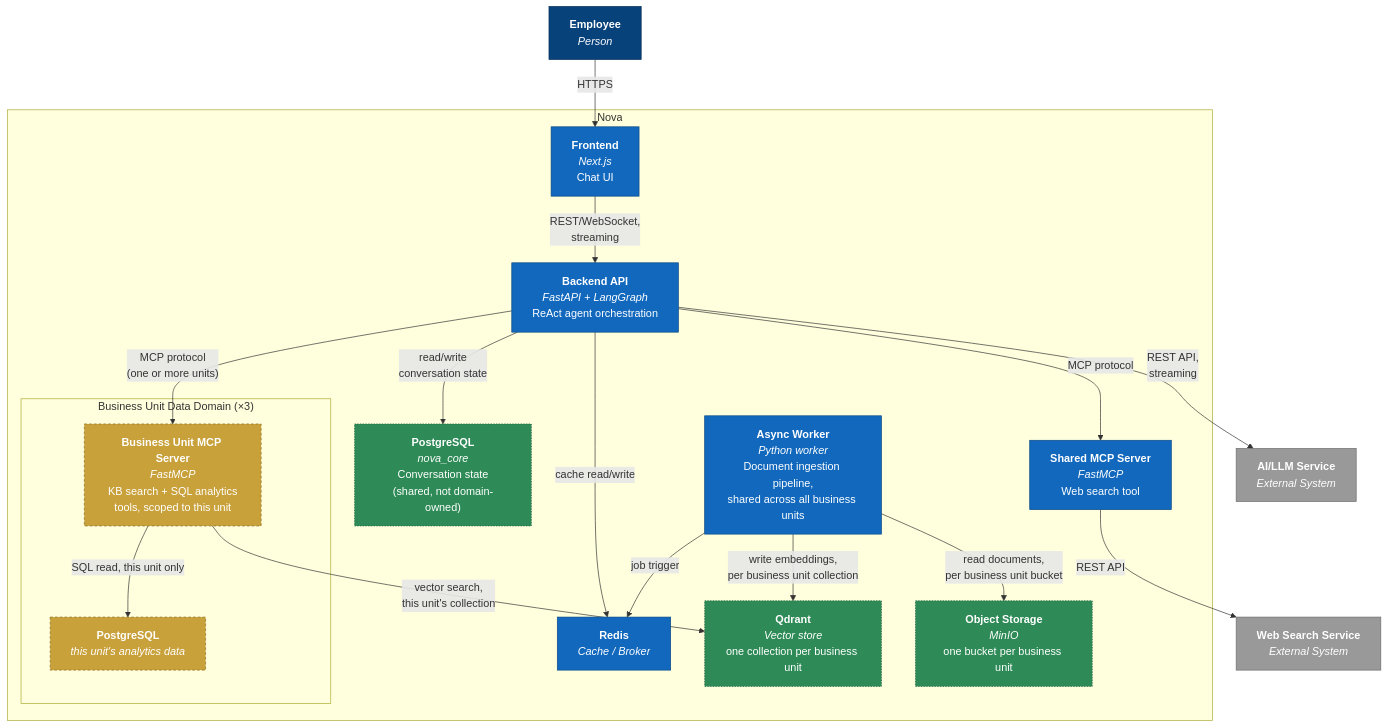
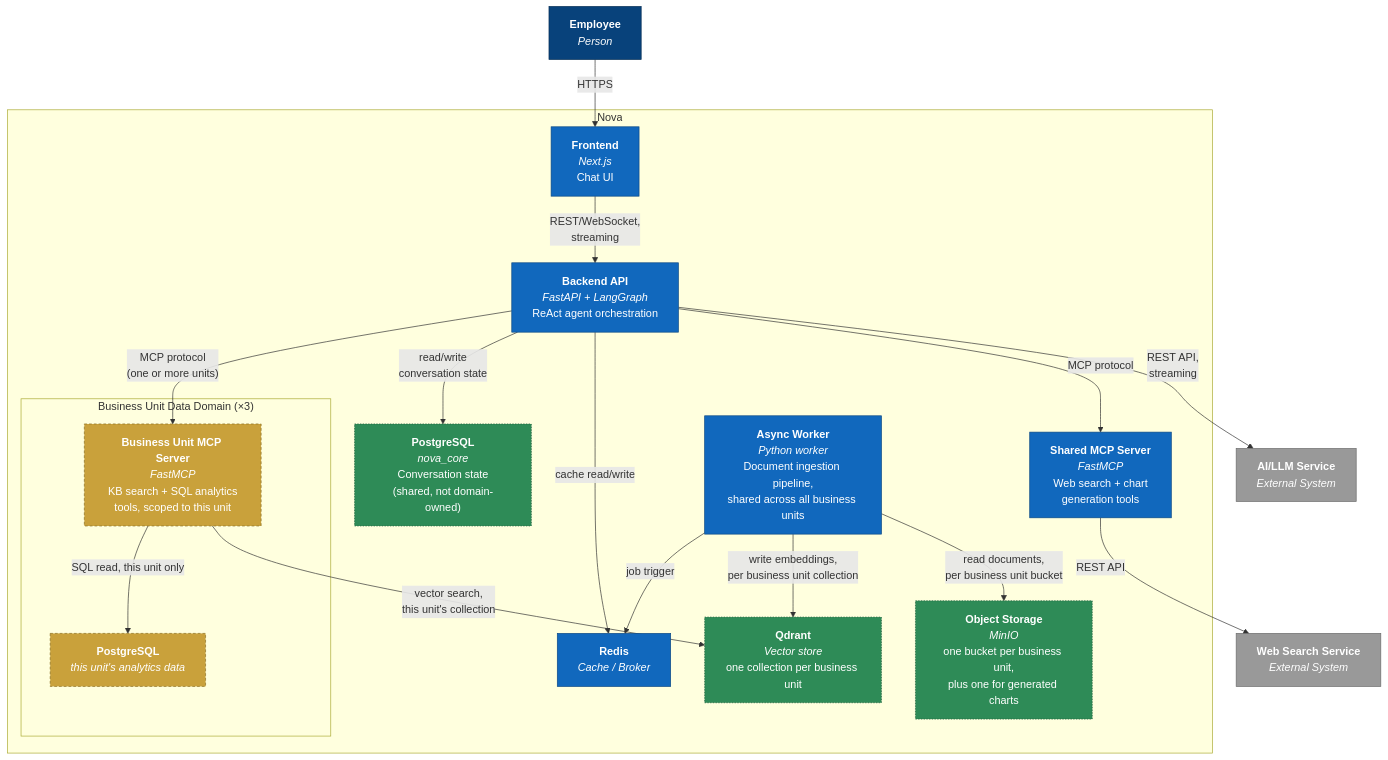
The second of 10 diagrams in documents/technical-design-document.md (maulairfani/nova), drawn with Mermaid before and after one commit. The commit also changed other lines of this file and 3 other files, not shown here.

Commit message:
Update CLAUDE.md docs and the Technical Design Document for chart generation, document preview, and rate limiting

````diff
--- a/documents/technical-design-document.md
+++ b/documents/technical-design-document.md
@@ -296,50 +296,50 @@
 ```mermaid
 flowchart TB
     Employee["<b>Employee</b><br/><i>Person</i>"]
 
     subgraph Nova["Nova"]
         Frontend["<b>Frontend</b><br/><i>Next.js</i><br/>Chat UI"]
         BackendAPI["<b>Backend API</b><br/><i>FastAPI + LangGraph</i><br/>ReAct agent orchestration"]
 
         subgraph BU["Business Unit Data Domain (×3)"]
             BUMcp["<b>Business Unit MCP Server</b><br/><i>FastMCP</i><br/>KB search + SQL analytics<br/>tools, scoped to this unit"]
             BUDb["<b>PostgreSQL</b><br/><i>this unit's analytics data</i>"]
         end
 
-        SharedMcp["<b>Shared MCP Server</b><br/><i>FastMCP</i><br/>Web search tool"]
+        SharedMcp["<b>Shared MCP Server</b><br/><i>FastMCP</i><br/>Web search + chart<br/>generation tools"]
         Redis["<b>Redis</b><br/><i>Cache / Broker</i>"]
         AsyncWorker["<b>Async Worker</b><br/><i>Python worker</i><br/>Document ingestion pipeline,<br/>shared across all business units"]
         KBDB["<b>PostgreSQL</b><br/><i>nova_core</i><br/>Conversation state<br/>(shared, not domain-owned)"]
         Qdrant["<b>Qdrant</b><br/><i>Vector store</i><br/>one collection per business unit"]
-        ObjectStorage["<b>Object Storage</b><br/><i>MinIO</i><br/>one bucket per business unit"]
+        ObjectStorage["<b>Object Storage</b><br/><i>MinIO</i><br/>one bucket per business unit,<br/>plus one for generated charts"]
     end
 
     LLM["<b>AI/LLM Service</b><br/><i>External System</i>"]
     WebSearch["<b>Web Search Service</b><br/><i>External System</i>"]
 
     Employee -->|HTTPS| Frontend
     Frontend -->|"REST/WebSocket,<br/>streaming"| BackendAPI
     BackendAPI -->|"MCP protocol<br/>(one or more units)"| BUMcp
     BackendAPI -->|MCP protocol| SharedMcp
     BackendAPI -->|"REST API,<br/>streaming"| LLM
     BackendAPI -->|cache read/write| Redis
     BackendAPI -->|"read/write<br/>conversation state"| KBDB
     BUMcp -->|SQL read, this unit only| BUDb
     BUMcp -->|"vector search,<br/>this unit's collection"| Qdrant
     SharedMcp -->|REST API| WebSearch
     AsyncWorker -->|job trigger| Redis
     AsyncWorker -->|"read documents,<br/>per business unit bucket"| ObjectStorage
     AsyncWorker -->|"write embeddings,<br/>per business unit collection"| Qdrant
 
     classDef person fill:#08427b,color:#fff,stroke:#052e56
     classDef system fill:#1168bd,color:#fff,stroke:#0b4884
     classDef domainOwned fill:#c9a13b,color:#fff,stroke:#8a6d1f,stroke-dasharray: 4 3
     classDef partitioned fill:#2e8b57,color:#fff,stroke:#1c5c38,stroke-dasharray: 2 2
     classDef external fill:#999999,color:#fff,stroke:#6b6b6b
 
     class Employee person
     class Frontend,BackendAPI,SharedMcp,Redis,AsyncWorker system
     class BUMcp,BUDb domainOwned
     class KBDB,Qdrant,ObjectStorage partitioned
     class LLM,WebSearch external
 ```
````
